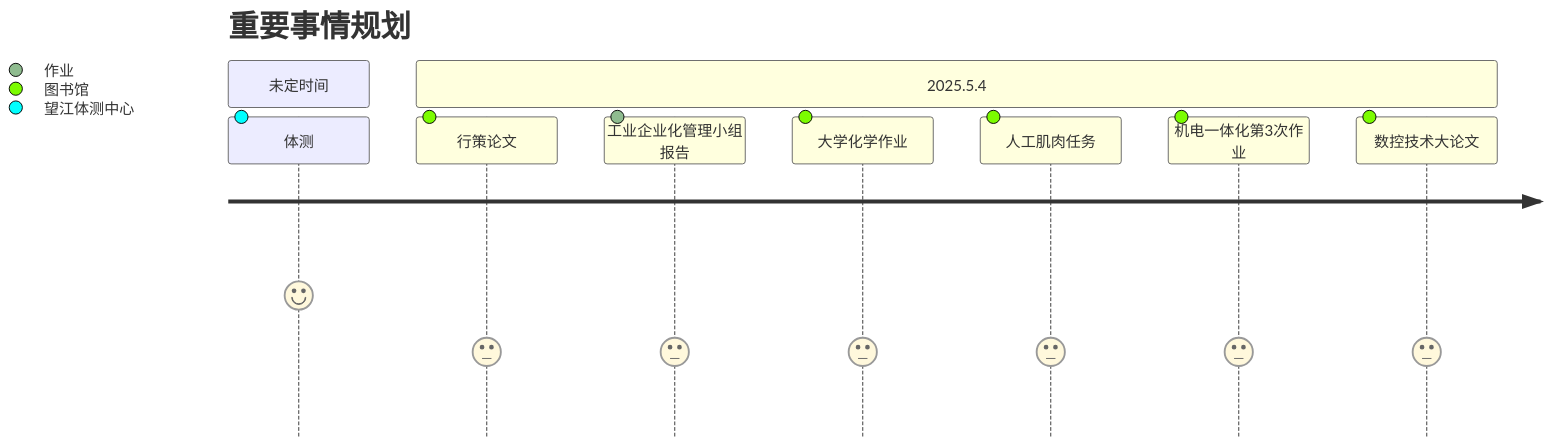
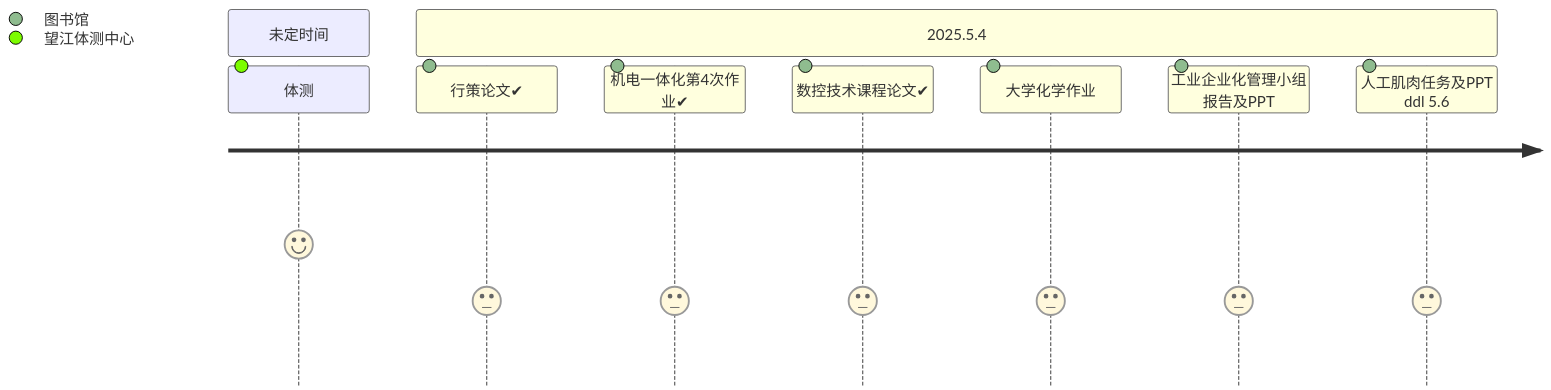
The first of 2 diagrams in 日记/2025-05-04.md (Sophomoresty/obsidian-notes), drawn with Mermaid before and after one commit. The commit also changed other lines of this file and 2 other files, not shown here.

Commit message:
笔记本提交：2025-05-04-22-33 的笔记更新

````diff
--- a/日记/2025-05-04.md
+++ b/日记/2025-05-04.md
@@ -55,14 +55,14 @@
 ```mermaid
 journey
-    title 重要事情规划
-    section 未定时间
+	section 未定时间
       体测:5:望江体测中心
 
     section 2025.5.4
-      行策论文:3: 图书馆
-      工业企业化管理小组报告: 3: 作业
-      大学化学作业:3:图书馆
-      人工肌肉任务:3:图书馆
-      机电一体化第3次作业:3:图书馆
-      数控技术大论文:3:图书馆
+		行策论文✔:3: 图书馆
+	    机电一体化第4次作业✔:3:图书馆
+		数控技术课程论文✔:3:图书馆
+		大学化学作业:3:图书馆
+		工业企业化管理小组报告及PPT: 3: 图书馆
+		人工肌肉任务及PPT ddl 5.6:3:图书馆
+
 ```
````
